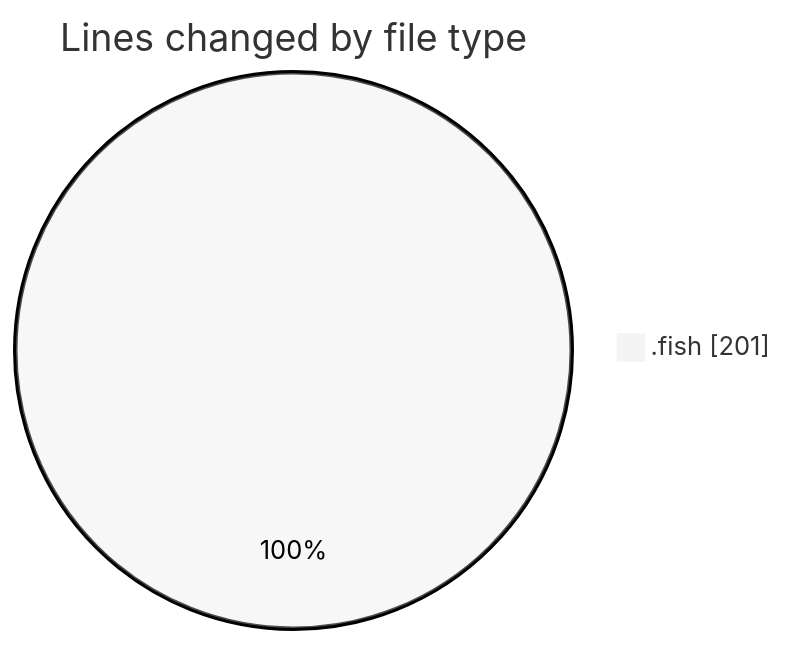
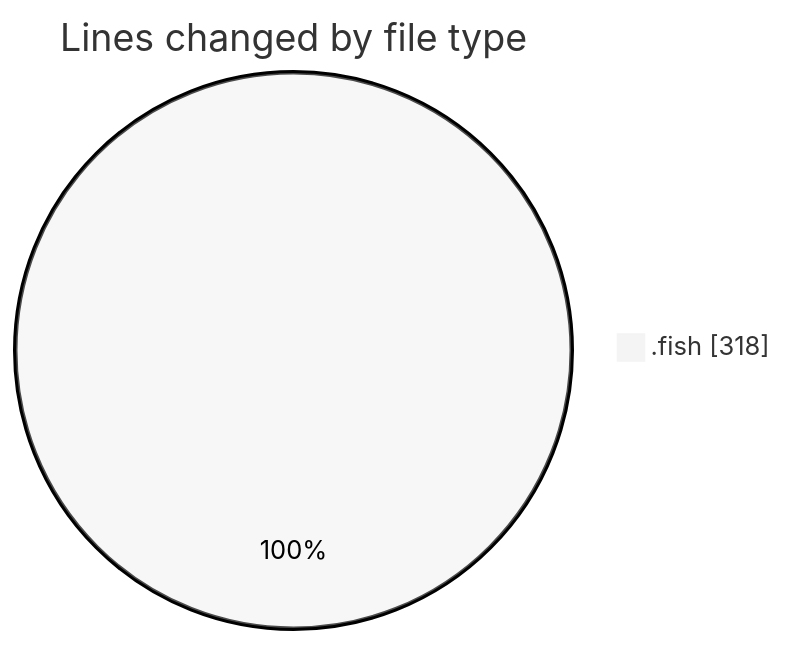
The first of 2 diagrams in 2025-08-10/fish/README.md (EIIisD/code-tracking), drawn with Mermaid (neutral theme) before and after one commit. The commit also changed other lines of this file and 1 other file, not shown here.

````diff
--- a/2025-08-10/fish/README.md
+++ b/2025-08-10/fish/README.md
@@ -20,5 +21,5 @@
 ```mermaid
 pie showData
 title Lines changed by file type
-".fish" : 201
+".fish" : 318
 ```
````
